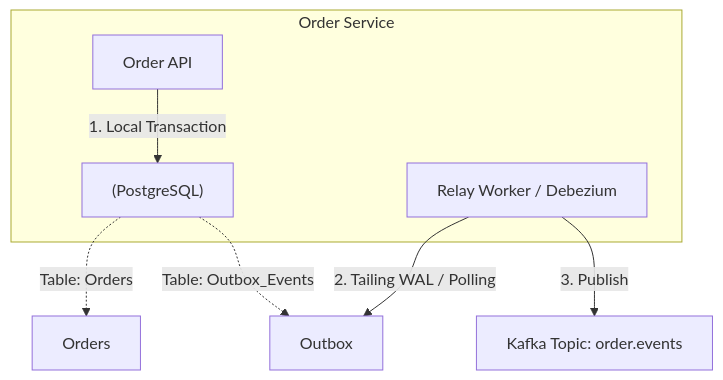
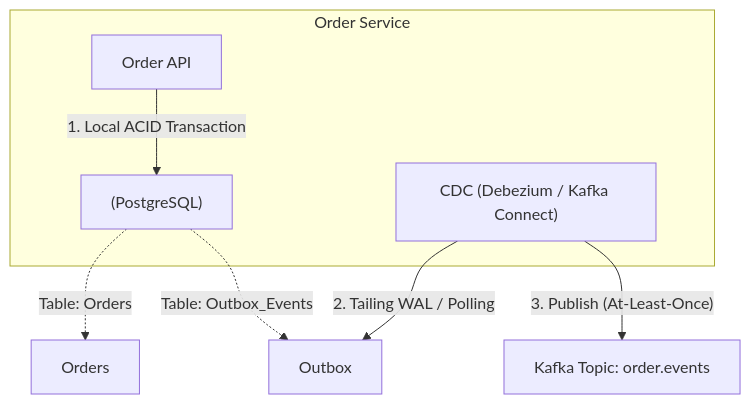
Before and after one commit to kythuatdulieu/kythuatdulieu.github.io: the diagram in src/content/docs/concepts/1-distributed-systems-architecture/event-driven-architecture.md, drawn with Mermaid. The commit also changed other lines of this file and 213 other files, not shown here.

Commit message:
Fix syntax and rewrite 200+ concepts docs to deep-dive system architecture and add GA4 tracking to quiz app

````diff
--- a/src/content/docs/concepts/1-distributed-systems-architecture/event-driven-architecture.md
+++ b/src/content/docs/concepts/1-distributed-systems-architecture/event-driven-architecture.md
@@ -28,15 +32,15 @@
 ```mermaid
 graph TD
     subgraph Order Service
         API["Order API"]
         DB["(PostgreSQL)"]
-        Worker["Relay Worker / Debezium"]
+        Worker["CDC (Debezium / Kafka Connect)"]
     end
     
-    API -->|1. Local Transaction| DB
+    API -->|1. Local ACID Transaction| DB
     DB -.->|Table: Orders| Orders
     DB -.->|Table: Outbox_Events| Outbox
     
     Worker -->|2. Tailing WAL / Polling| Outbox
-    Worker -->|3. Publish| Kafka["Kafka Topic: order.events"]
+    Worker -->|"3. Publish (At-Least-Once)"| Kafka["Kafka Topic: order.events"]
 ```
````
